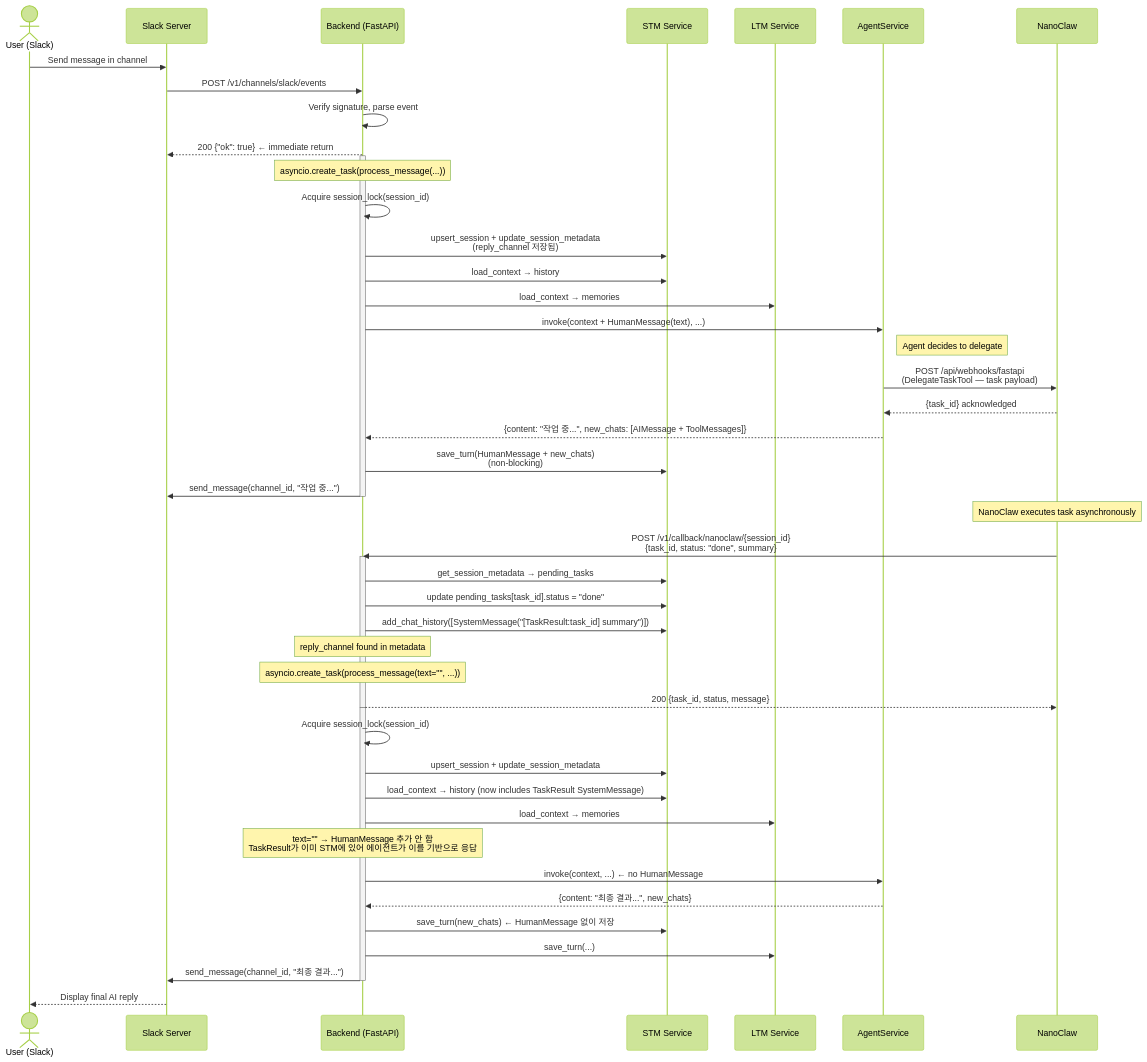
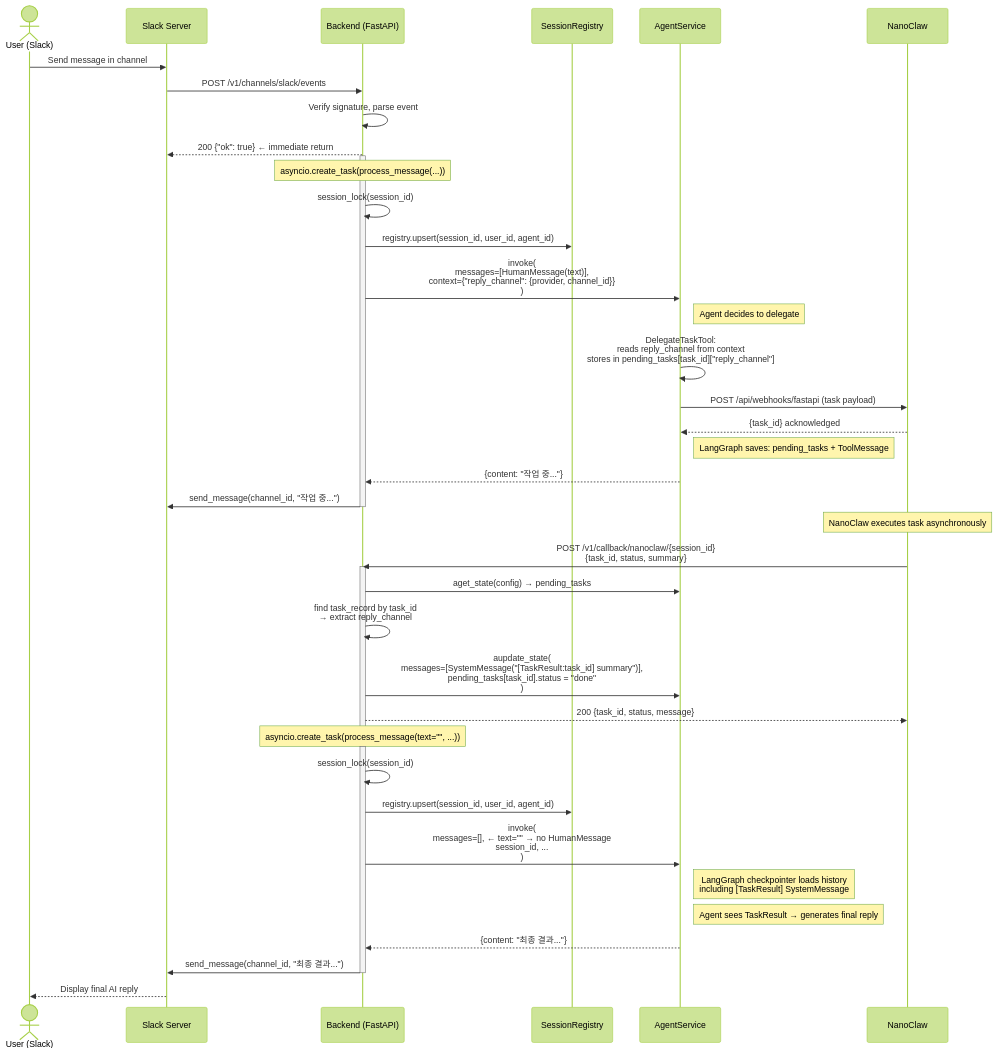
One commit to yw0nam/DesktopMatePlusdocs changed the second of 3 diagrams in docs/data_flow/channel/SLACK_MESSAGE.md. Above: the diagram before and after it, drawn with Mermaid (forest theme). The commit also changed other lines of this file and 15 other files, not shown here.

First line of the commit message:
feat: Add LTM Middleware documentation and update SLACK_MESSAGE, ADD_CHAT_MESSAGE, and STARTUP_FLOW documentation

````diff
--- a/docs/data_flow/channel/SLACK_MESSAGE.md
+++ b/docs/data_flow/channel/SLACK_MESSAGE.md
@@ -68,64 +73,59 @@
 ```mermaid
 sequenceDiagram
     actor User as User (Slack)
     participant Slack as Slack Server
     participant BE as Backend (FastAPI)
-    participant STM as STM Service
-    participant LTM as LTM Service
+    participant SR as SessionRegistry
     participant Agent as AgentService
     participant NC as NanoClaw
 
     User->>Slack: Send message in channel
     Slack->>BE: POST /v1/channels/slack/events
     BE->>BE: Verify signature, parse event
     BE-->>Slack: 200 {"ok": true}  ← immediate return
 
     activate BE
     Note over BE: asyncio.create_task(process_message(...))
-    BE->>BE: Acquire session_lock(session_id)
-    BE->>STM: upsert_session + update_session_metadata<br/>(reply_channel 저장됨)
-    BE->>STM: load_context → history
-    BE->>LTM: load_context → memories
+    BE->>BE: session_lock(session_id)
+    BE->>SR: registry.upsert(session_id, user_id, agent_id)
 
-    BE->>Agent: invoke(context + HumanMessage(text), ...)
+    BE->>Agent: invoke(<br/>  messages=[HumanMessage(text)],<br/>  context={"reply_channel": {provider, channel_id}}<br/>)
     Note right of Agent: Agent decides to delegate
-    Agent->>NC: POST /api/webhooks/fastapi<br/>(DelegateTaskTool — task payload)
+
+    Agent->>Agent: DelegateTaskTool:<br/>reads reply_channel from context<br/>stores in pending_tasks[task_id]["reply_channel"]
+    Agent->>NC: POST /api/webhooks/fastapi (task payload)
     NC-->>Agent: {task_id} acknowledged
-    Agent-->>BE: {content: "작업 중...", new_chats: [AIMessage + ToolMessages]}
 
-    BE->>STM: save_turn(HumanMessage + new_chats)<br/>(non-blocking)
+    Note right of Agent: LangGraph saves: pending_tasks + ToolMessage
+    Agent-->>BE: {content: "작업 중..."}
+
     BE->>Slack: send_message(channel_id, "작업 중...")
     deactivate BE
 
     Note over NC: NanoClaw executes task asynchronously
 
-    NC->>BE: POST /v1/callback/nanoclaw/{session_id}<br/>{task_id, status: "done", summary}
+    NC->>BE: POST /v1/callback/nanoclaw/{session_id}<br/>{task_id, status, summary}
 
     activate BE
-    BE->>STM: get_session_metadata → pending_tasks
-    BE->>STM: update pending_tasks[task_id].status = "done"
-    BE->>STM: add_chat_history([SystemMessage("[TaskResult:task_id] summary")])
+    BE->>Agent: aget_state(config) → pending_tasks
+    BE->>BE: find task_record by task_id<br/>→ extract reply_channel
+    BE->>Agent: aupdate_state(<br/>  messages=[SystemMessage("[TaskResult:task_id] summary")],<br/>  pending_tasks[task_id].status = "done"<br/>)
+    BE-->>NC: 200 {task_id, status, message}
 
-    Note over BE: reply_channel found in metadata
     Note over BE: asyncio.create_task(process_message(text="", ...))
-    BE-->>NC: 200 {task_id, status, message}
     deactivate BE
 
     activate BE
-    BE->>BE: Acquire session_lock(session_id)
-    BE->>STM: upsert_session + update_session_metadata
-    BE->>STM: load_context → history (now includes TaskResult SystemMessage)
-    BE->>LTM: load_context → memories
+    BE->>BE: session_lock(session_id)
+    BE->>SR: registry.upsert(session_id, user_id, agent_id)
 
-    Note over BE: text="" → HumanMessage 추가 안 함<br/>TaskResult가 이미 STM에 있어 에이전트가 이를 기반으로 응답
-    BE->>Agent: invoke(context, ...)  ← no HumanMessage
-    Agent-->>BE: {content: "최종 결과...", new_chats}
-
-    BE->>STM: save_turn(new_chats)  ← HumanMessage 없이 저장
-    BE->>LTM: save_turn(...)
+    BE->>Agent: invoke(<br/>  messages=[],  ← text="" → no HumanMessage<br/>  session_id, ...<br/>)
+    Note right of Agent: LangGraph checkpointer loads history<br/>including [TaskResult] SystemMessage
+    Note right of Agent: Agent sees TaskResult → generates final reply
+    Agent-->>BE: {content: "최종 결과..."}
 
     BE->>Slack: send_message(channel_id, "최종 결과...")
     deactivate BE
 
     Slack-->>User: Display final AI reply
 ```
````
